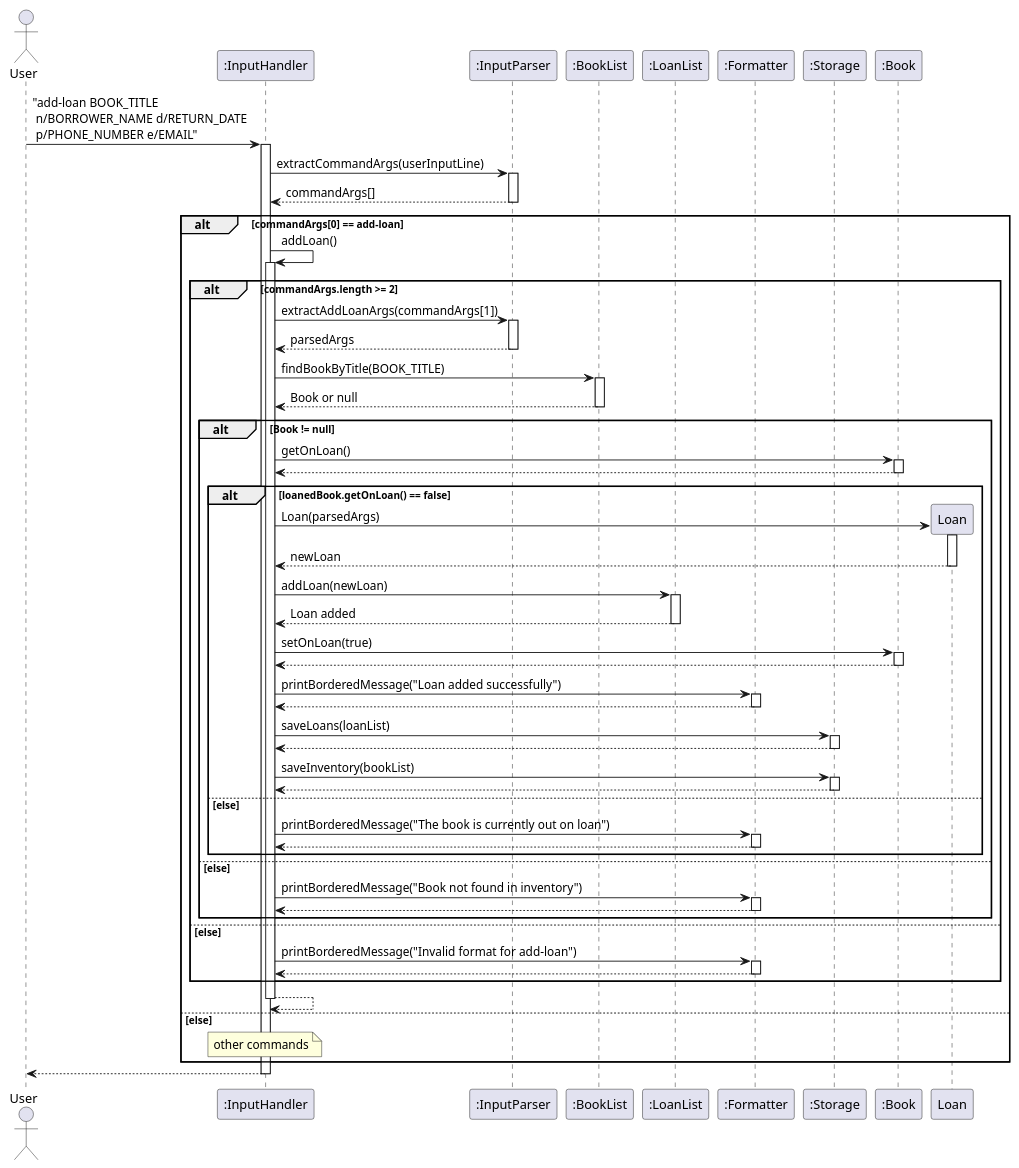
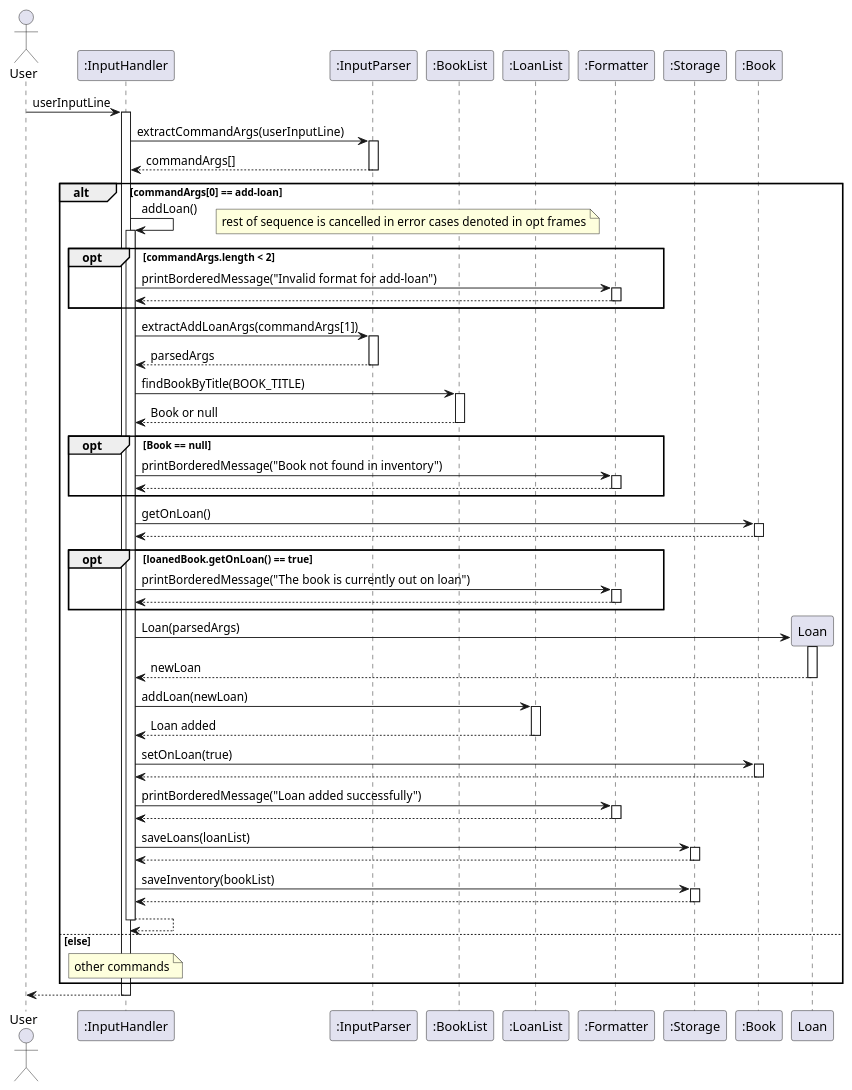
One commit to AY2425S2-CS2113-T12-2/tp changed the diagram in docs/diagrams/addLoan.puml. Above: the diagram before and after it, drawn with PlantUML. The commit also changed 1 other file, not shown here.

Commit message:
addBook and addLoan sequence diagrams reduced nesting

```diff
--- a/docs/diagrams/addLoan.puml
+++ b/docs/diagrams/addLoan.puml
@@ -1,112 +1,111 @@
 @startuml
 actor User
 participant InputHandler as ":InputHandler"
 participant InputParser as ":InputParser"
 participant BookList as ":BookList"
 participant LoanList as ":LoanList"
 participant Formatter as ":Formatter"
 participant Storage as ":Storage"
 participant Book as ":Book"
 
-User -> InputHandler: "add-loan BOOK_TITLE \n n/BORROWER_NAME d/RETURN_DATE \n p/PHONE_NUMBER e/EMAIL"
+User -> InputHandler: userInputLine
 activate InputHandler
 
 InputHandler -> InputParser: extractCommandArgs(userInputLine)
 activate InputParser
 
 InputParser --> InputHandler: commandArgs[]
 deactivate InputParser
 
 alt commandArgs[0] == add-loan
     InputHandler -> InputHandler : addLoan()
     activate InputHandler
 
-alt commandArgs.length >= 2
+opt commandArgs.length < 2
+    note right
+    rest of sequence is cancelled in error cases denoted in opt frames
+    end note
+    InputHandler -> Formatter: printBorderedMessage("Invalid format for add-loan")
+    activate Formatter
+    Formatter --> InputHandler
+    deactivate Formatter
+end
     InputHandler -> InputParser: extractAddLoanArgs(commandArgs[1])
     activate InputParser
 
     InputParser --> InputHandler: parsedArgs
     deactivate InputParser
 
     InputHandler -> BookList: findBookByTitle(BOOK_TITLE)
     activate BookList
 
     BookList --> InputHandler: Book or null
     deactivate BookList
 
-    alt Book != null
+    opt Book == null
+        InputHandler -> Formatter: printBorderedMessage("Book not found in inventory")
+        activate Formatter
+
+        Formatter --> InputHandler
+        deactivate Formatter
+    end
         InputHandler -> Book: getOnLoan()
         activate Book
 
         Book --> InputHandler
         deactivate Book
 
-        alt loanedBook.getOnLoan() == false
-            InputHandler -> Loan ** : Loan(parsedArgs)
-            activate Loan
-
-            Loan --> InputHandler : newLoan
-            deactivate Loan
-
-
-            InputHandler -> LoanList: addLoan(newLoan)
-            activate LoanList
-            LoanList --> InputHandler: Loan added
-            deactivate LoanList
-
-            InputHandler -> Book: setOnLoan(true)
-            activate Book
-
-            Book --> InputHandler
-            deactivate Book
-
-            InputHandler -> Formatter: printBorderedMessage("Loan added successfully")
-            activate Formatter
-
-            Formatter --> InputHandler
-            deactivate Formatter
-
-            InputHandler -> Storage: saveLoans(loanList)
-            activate Storage
-
-            Storage --> InputHandler
-            deactivate Storage
-
-            InputHandler -> Storage: saveInventory(bookList)
-            activate Storage
-
-            Storage --> InputHandler
-            deactivate Storage
-
-        else else
+        opt loanedBook.getOnLoan() == true
             InputHandler -> Formatter: printBorderedMessage("The book is currently out on loan")
             activate Formatter
 
             Formatter --> InputHandler
             deactivate Formatter
         end
-    else else
-        InputHandler -> Formatter: printBorderedMessage("Book not found in inventory")
+
+        InputHandler -> Loan ** : Loan(parsedArgs)
+        activate Loan
+
+        Loan --> InputHandler : newLoan
+        deactivate Loan
+
+
+        InputHandler -> LoanList: addLoan(newLoan)
+        activate LoanList
+        LoanList --> InputHandler: Loan added
+        deactivate LoanList
+
+        InputHandler -> Book: setOnLoan(true)
+        activate Book
+
+        Book --> InputHandler
+        deactivate Book
+
+        InputHandler -> Formatter: printBorderedMessage("Loan added successfully")
         activate Formatter
 
         Formatter --> InputHandler
         deactivate Formatter
-    end
 
-    else else
-        InputHandler -> Formatter: printBorderedMessage("Invalid format for add-loan")
-        activate Formatter
-        Formatter --> InputHandler
-        deactivate Formatter
-    end
+        InputHandler -> Storage: saveLoans(loanList)
+        activate Storage
+
+        Storage --> InputHandler
+        deactivate Storage
+
+        InputHandler -> Storage: saveInventory(bookList)
+        activate Storage
+
+        Storage --> InputHandler
+        deactivate Storage
 
 InputHandler --> InputHandler
 deactivate InputHandler
 
 else else
     note over InputHandler : other commands
 end
 
 InputHandler --> User
 deactivate InputHandler
 @enduml
```
